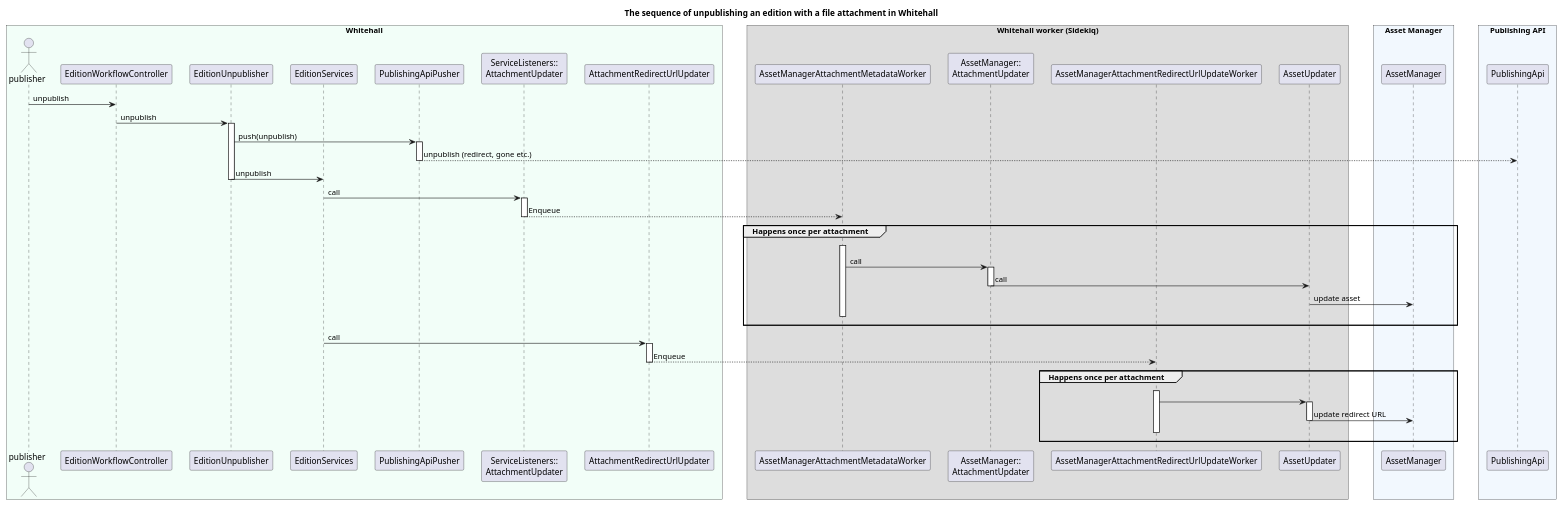
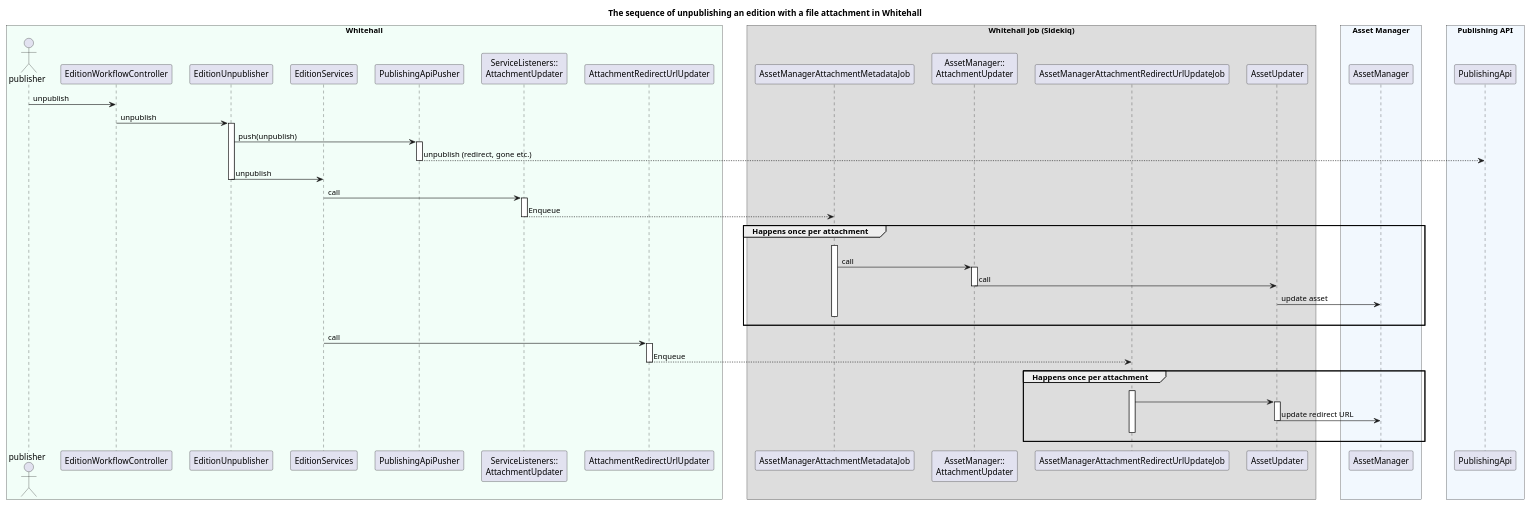
One commit to alphagov/whitehall changed the diagram in docs/diagrams/asset_attachment_edition_unpublishing_flow.puml. Above: the diagram before and after it, drawn with PlantUML. The commit also changed 296 other files, not shown here.

Commit message:
Rename worker with job

```diff
--- a/docs/diagrams/asset_attachment_edition_unpublishing_flow.puml
+++ b/docs/diagrams/asset_attachment_edition_unpublishing_flow.puml
@@ -1,67 +1,67 @@
 @startuml asset_attachment_edition_unpublishing_flow
 
 title The sequence of unpublishing an edition with a file attachment in Whitehall
 skinparam BoxPadding 20
 skinparam ParticipantPadding 10
 
 box "Whitehall" #f2fef8
 actor publisher
 participant EditionWorkflowController
 participant EditionUnpublisher
 participant EditionServices
 participant PublishingApiPusher
 participant "ServiceListeners::\nAttachmentUpdater" as slAttachmentUpdater
 participant AttachmentRedirectUrlUpdater
 end box
 
-box Whitehall worker (Sidekiq)
-participant AssetManagerAttachmentMetadataWorker
+box Whitehall job (Sidekiq)
+participant AssetManagerAttachmentMetadataJob
 participant "AssetManager::\nAttachmentUpdater" as amAttachmentUpdater
-participant AssetManagerAttachmentRedirectUrlUpdateWorker
+participant AssetManagerAttachmentRedirectUrlUpdateJob
 participant AssetUpdater
 end box
 
 box "Asset Manager" #f2f8fe
 participant AssetManager
 end box
 
 box "Publishing API" #f2f8fe
 participant PublishingApi
 end box
 
 publisher -> EditionWorkflowController : unpublish
 EditionWorkflowController -> EditionUnpublisher : unpublish
 activate EditionUnpublisher
 EditionUnpublisher -> PublishingApiPusher : push(unpublish)
 activate PublishingApiPusher
 PublishingApiPusher --> PublishingApi : unpublish (redirect, gone etc.)
 deactivate PublishingApiPusher
 EditionUnpublisher -> EditionServices : unpublish
 deactivate EditionUnpublisher
 EditionServices -> slAttachmentUpdater : call
 
 activate slAttachmentUpdater
-slAttachmentUpdater --> AssetManagerAttachmentMetadataWorker : Enqueue
+slAttachmentUpdater --> AssetManagerAttachmentMetadataJob : Enqueue
 deactivate
 
 group Happens once per attachment
-  AssetManagerAttachmentMetadataWorker -[hidden]> AssetManagerAttachmentMetadataWorker++
-  AssetManagerAttachmentMetadataWorker -> amAttachmentUpdater++ : call
+  AssetManagerAttachmentMetadataJob -[hidden]> AssetManagerAttachmentMetadataJob++
+  AssetManagerAttachmentMetadataJob -> amAttachmentUpdater++ : call
   amAttachmentUpdater -> AssetUpdater-- : call
   AssetUpdater -> AssetManager : update asset
-  AssetManagerAttachmentMetadataWorker -[hidden]> AssetManagerAttachmentMetadataWorker--
+  AssetManagerAttachmentMetadataJob -[hidden]> AssetManagerAttachmentMetadataJob--
 end group
 
 EditionServices -> AttachmentRedirectUrlUpdater : call
 
 activate AttachmentRedirectUrlUpdater
-AttachmentRedirectUrlUpdater --> AssetManagerAttachmentRedirectUrlUpdateWorker : Enqueue
+AttachmentRedirectUrlUpdater --> AssetManagerAttachmentRedirectUrlUpdateJob : Enqueue
 deactivate
 
 group Happens once per attachment
-  AssetManagerAttachmentRedirectUrlUpdateWorker -[hidden]> AssetManagerAttachmentRedirectUrlUpdateWorker++
-  AssetManagerAttachmentRedirectUrlUpdateWorker -> AssetUpdater++
+  AssetManagerAttachmentRedirectUrlUpdateJob -[hidden]> AssetManagerAttachmentRedirectUrlUpdateJob++
+  AssetManagerAttachmentRedirectUrlUpdateJob -> AssetUpdater++
   AssetUpdater -> AssetManager-- : update redirect URL
-  AssetManagerAttachmentRedirectUrlUpdateWorker -[hidden]> AssetManagerAttachmentRedirectUrlUpdateWorker--
+  AssetManagerAttachmentRedirectUrlUpdateJob -[hidden]> AssetManagerAttachmentRedirectUrlUpdateJob--
 end group
 @enduml
```
